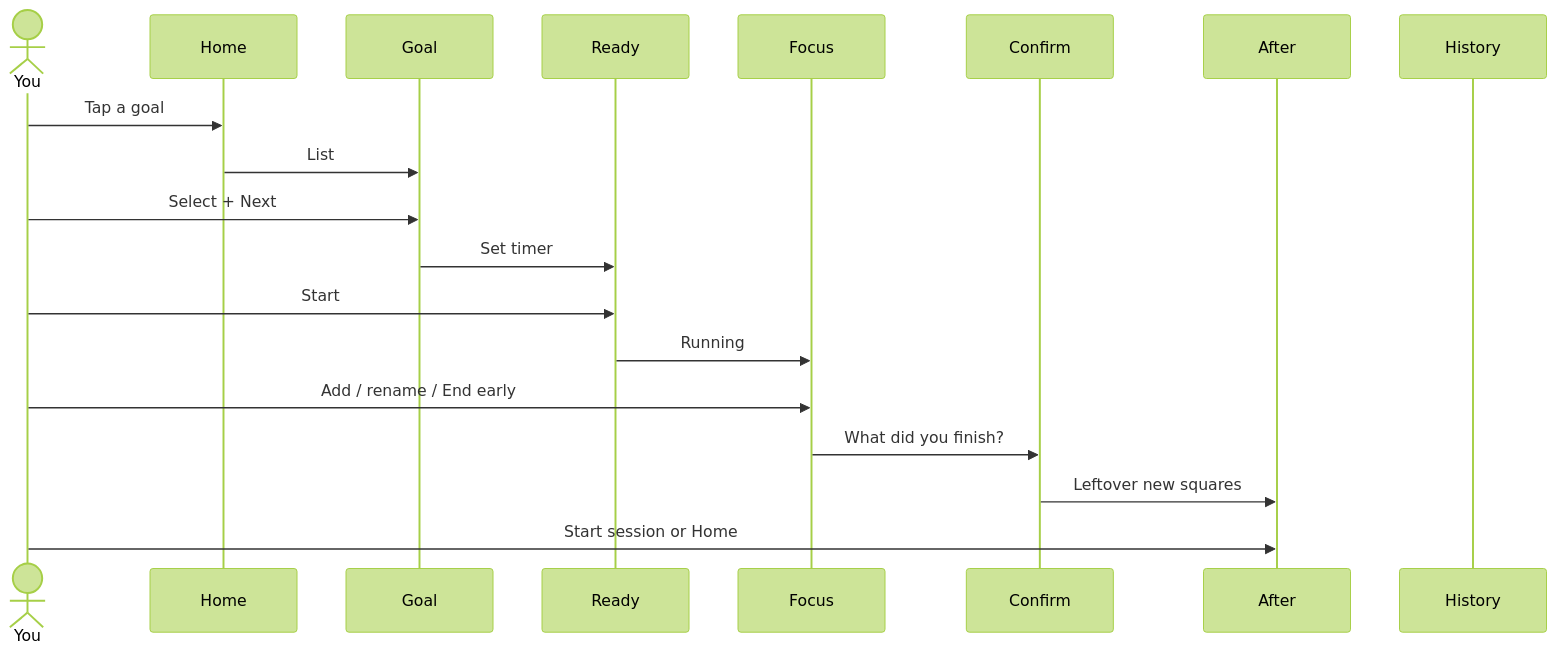
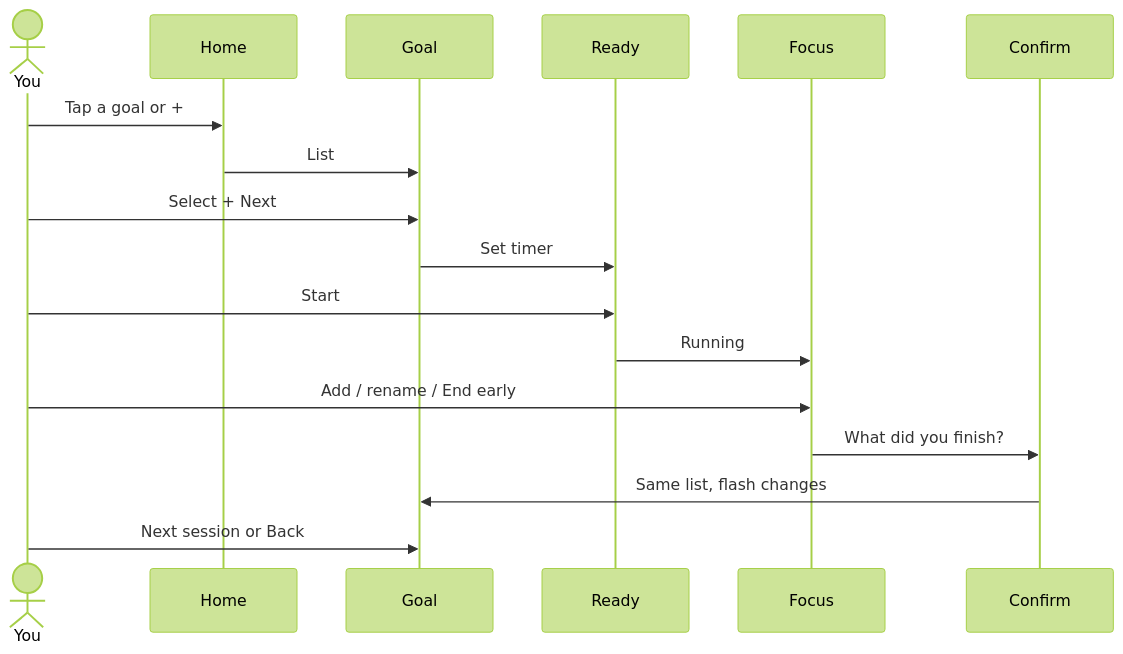
The diagram in cases/squares/docs/flows/focus-loop.md (littlewhywhat/legal-360), drawn with Mermaid (forest theme) before and after one commit. The commit also changed other lines of this file and 2 other files, not shown here.

Commit message:
feat: confirm returns to the goal list with a flash
Post-session is the normal goal screen (Next / Back), not a separate after-tree. Empty new goals seed a few tasks on List item tap so a session can start.

````diff
--- a/cases/squares/docs/flows/focus-loop.md
+++ b/cases/squares/docs/flows/focus-loop.md
@@ -17,22 +17,20 @@
 ```mermaid
 sequenceDiagram
   actor You
   participant Home
   participant Goal
   participant Ready
   participant Focus
   participant Confirm
-  participant After
-  participant History
 
-  You->>Home: Tap a goal
+  You->>Home: Tap a goal or +
   Home->>Goal: List
   You->>Goal: Select + Next
   Goal->>Ready: Set timer
   You->>Ready: Start
   Ready->>Focus: Running
   You->>Focus: Add / rename / End early
   Focus->>Confirm: What did you finish?
-  Confirm->>After: Leftover new squares
-  You->>After: Start session or Home
+  Confirm->>Goal: Same list, flash changes
+  You->>Goal: Next session or Back
 ```
````
